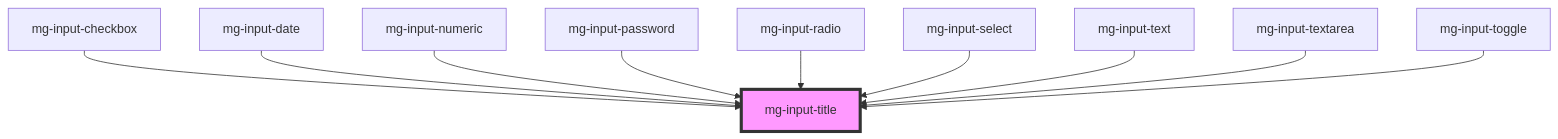
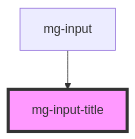
The diagram in packages/mg-components/src/components/atoms/mg-input-title/readme.md (MGDIS/core-ui), drawn with Mermaid before and after one commit. The commit also changed other lines of this file and 39 other files, not shown here.

````diff
--- a/packages/mg-components/src/components/atoms/mg-input-title/readme.md
+++ b/packages/mg-components/src/components/atoms/mg-input-title/readme.md
@@ -39,13 +31,5 @@
 ```mermaid
 graph TD;
-  mg-input-checkbox --> mg-input-title
-  mg-input-date --> mg-input-title
-  mg-input-numeric --> mg-input-title
-  mg-input-password --> mg-input-title
-  mg-input-radio --> mg-input-title
-  mg-input-select --> mg-input-title
-  mg-input-text --> mg-input-title
-  mg-input-textarea --> mg-input-title
-  mg-input-toggle --> mg-input-title
+  mg-input --> mg-input-title
   style mg-input-title fill:#f9f,stroke:#333,stroke-width:4px
 ```
````
